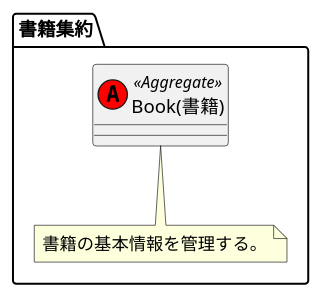
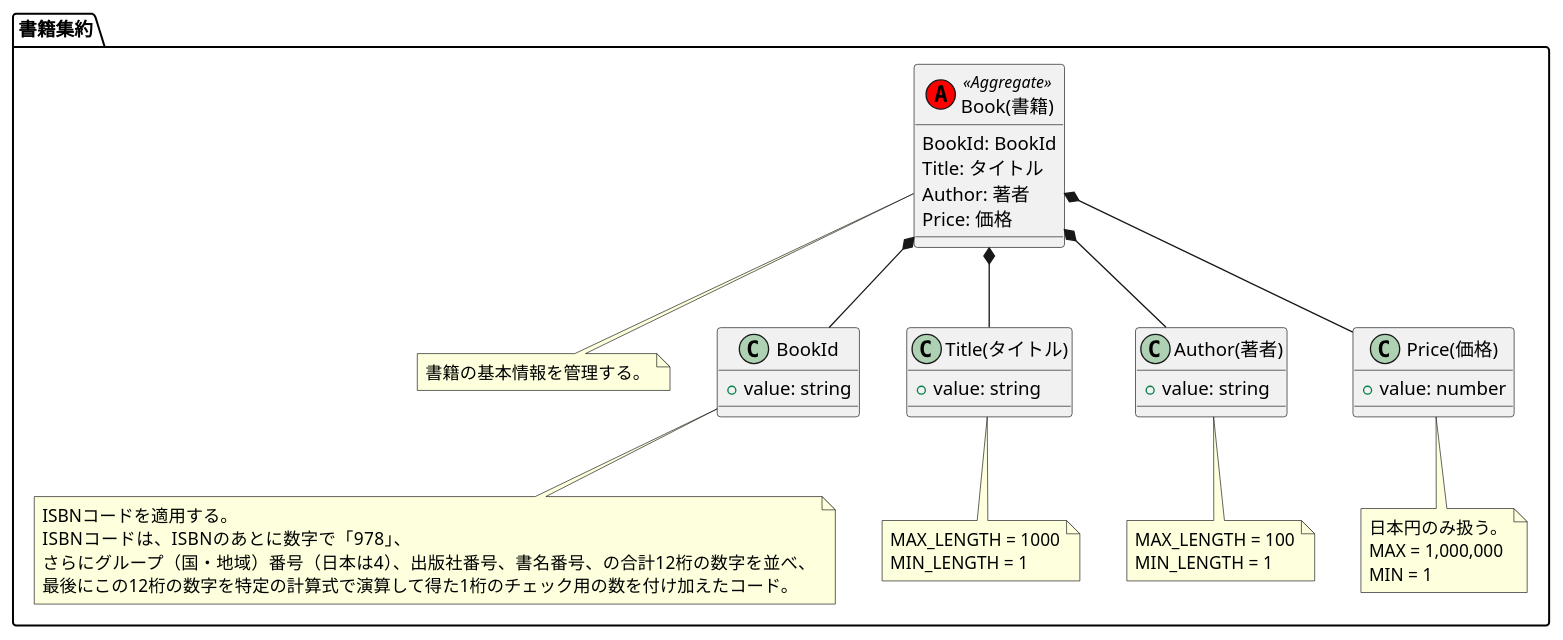
Before and after one commit to tkgakr/hands-on-ddd-introduction: the diagram in CatalogService/Domain/models/Book/Book.pu, drawn with PlantUML. The commit also changed 1 other file, not shown here.

Commit message:
5-3-2-3 必要なインプットの特定

```diff
--- a/CatalogService/Domain/models/Book/Book.pu
+++ b/CatalogService/Domain/models/Book/Book.pu
@@ -1,12 +1,62 @@
 @startuml Book
 package "書籍集約" {
     ' 1.集約とポリシーの表現
     class "Book(書籍)" as Book << (A,red) Aggregate >> {
+        BookId: BookId
+        Title: タイトル
+        Author: 著者
+        Price: 価格
     }
 
     ' ビジネスルールの具体化
     note bottom of Book
         書籍の基本情報を管理する。
     end note
+
+    ' 3. 必要なインプットの特定
+    class "BookId" as BookId {
+        + value: string
+    }
+
+    class "Title(タイトル)" as Title {
+        + value: string
+    }
+
+    class "Author(著者)" as Author {
+        + value: string
+    }
+
+    class "Price(価格)" as Price {
+        + value: number
+    }
+
+    note bottom of BookId
+        ISBNコードを適用する。
+        ISBNコードは、ISBNのあとに数字で「978」、
+        さらにグループ（国・地域）番号（日本は4）、出版社番号、書名番号、の合計12桁の数字を並べ、
+        最後にこの12桁の数字を特定の計算式で演算して得た1桁のチェック用の数を付け加えたコード。
+    end note
+
+    note bottom of Title
+        MAX_LENGTH = 1000
+        MIN_LENGTH = 1
+    end note
+
+    note bottom of Author
+        MAX_LENGTH = 100
+        MIN_LENGTH = 1
+    end note
+
+    note bottom of Price
+        日本円のみ扱う。
+        MAX = 1,000,000
+        MIN = 1
+    end note
+
+    Book *-- BookId
+    Book *-- Title
+    Book *-- Author
+    Book *-- Price
+
 }
 @enduml
```
